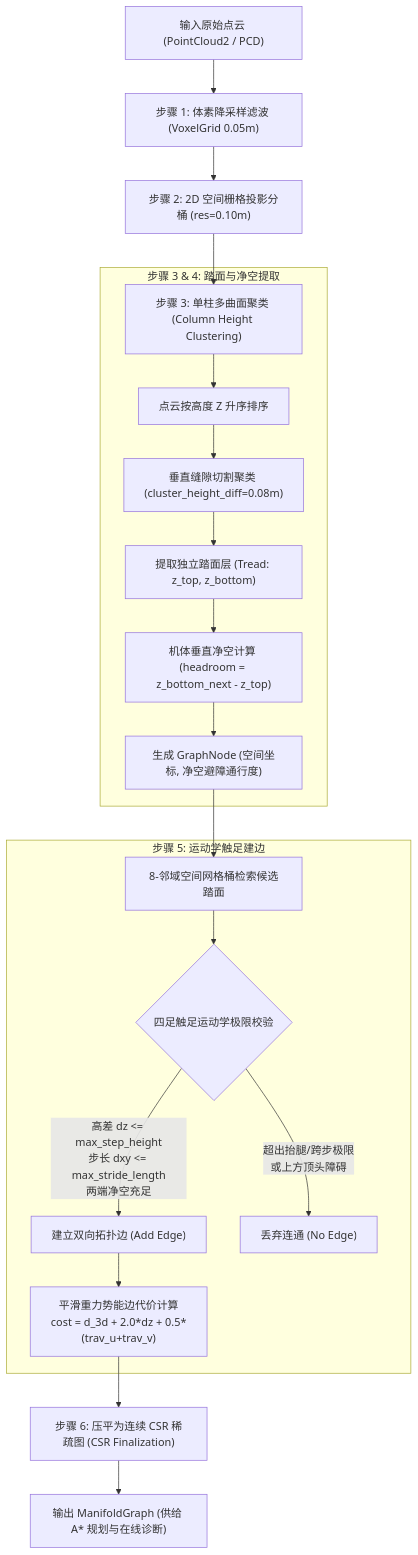
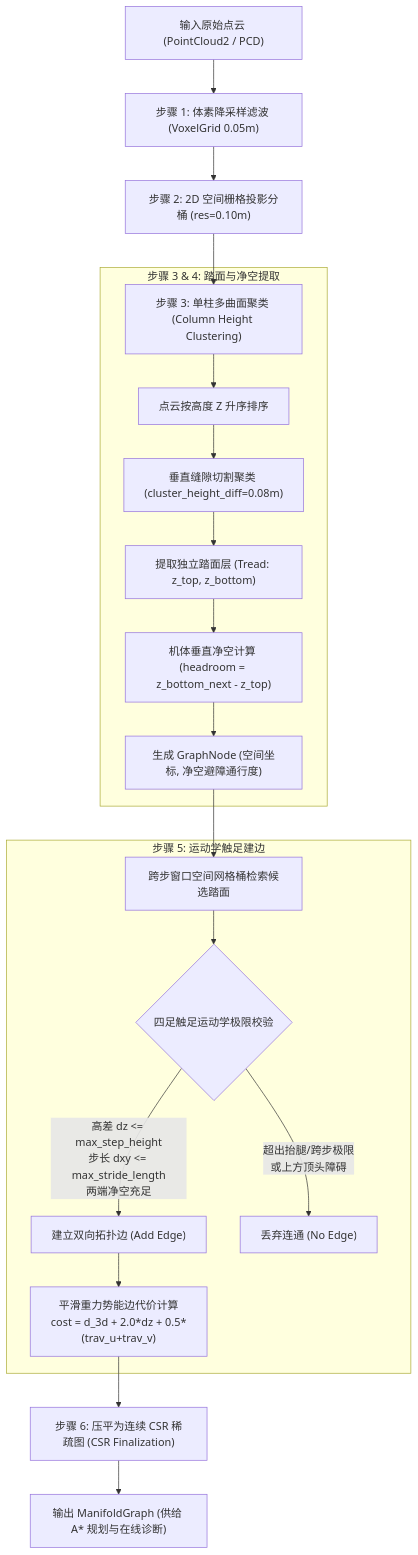
One commit to HGGshiwo/elevation_nav changed the diagram in README.md. Above: the diagram before and after it, drawn with Mermaid. The commit also changed other lines of this file and 16 other files, not shown here.

First line of the commit message:
feat: 四足机体碰撞建模与建图建边鲁棒性重构，Web 禁行原因诊断

````diff
--- a/README.md
+++ b/README.md
@@ -11,25 +11,25 @@
 ```mermaid
 flowchart TD
     A["输入原始点云 (PointCloud2 / PCD)"] --> B["步骤 1: 体素降采样滤波 (VoxelGrid 0.05m)"]
     B --> C["步骤 2: 2D 空间栅格投影分桶 (res=0.10m)"]
     C --> D["步骤 3: 单柱多曲面聚类 (Column Height Clustering)"]
     
     subgraph 步骤 3 & 4: 踏面与净空提取
         D --> E["点云按高度 Z 升序排序"]
         E --> F["垂直缝隙切割聚类 (cluster_height_diff=0.08m)"]
         F --> G["提取独立踏面层 (Tread: z_top, z_bottom)"]
         G --> H["机体垂直净空计算 (headroom = z_bottom_next - z_top)"]
         H --> I["生成 GraphNode (空间坐标, 净空避障通行度)"]
     end
 
     subgraph 步骤 5: 运动学触足建边
-        I --> J["8-邻域空间网格桶检索候选踏面"]
+        I --> J["跨步窗口空间网格桶检索候选踏面"]
         J --> K{"四足触足运动学极限校验"}
         K -- "高差 dz <= max_step_height<br/>步长 dxy <= max_stride_length<br/>两端净空充足" --> L["建立双向拓扑边 (Add Edge)"]
         K -- "超出抬腿/跨步极限<br/>或上方顶头障碍" --> M["丢弃连通 (No Edge)"]
         L --> N["平滑重力势能边代价计算<br/>cost = d_3d + 2.0*dz + 0.5*(trav_u+trav_v)"]
     end
 
     N --> O["步骤 6: 压平为连续 CSR 稀疏图 (CSR Finalization)"]
     O --> P["输出 ManifoldGraph (供给 A* 规划与在线诊断)"]
 ```
````
